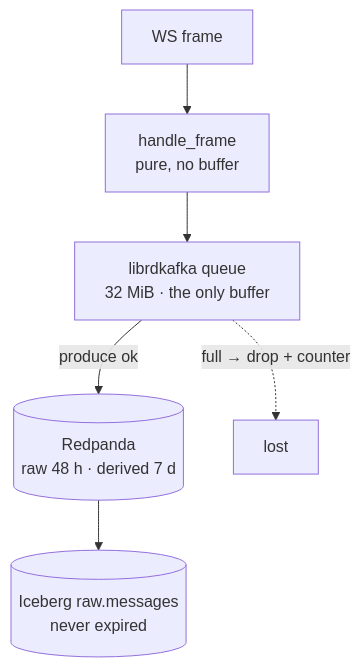
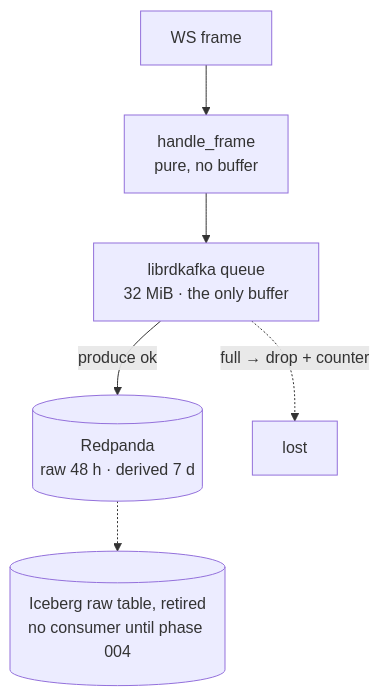
Before and after one commit to rjdscott/k2-market-data-platform: the diagram in docs/architecture/16-failure-modes.md, drawn with Mermaid. The commit also changed other lines of this file and 24 other files, not shown here.

First line of the commit message:
docs(architecture): the book after the v3 lake ingest retires (W6)

````diff
--- a/docs/architecture/16-failure-modes.md
+++ b/docs/architecture/16-failure-modes.md
@@ -88,8 +98,8 @@
 ```mermaid
 flowchart TB
   WS["WS frame"] --> HF["handle_frame<br/>pure, no buffer"]
   HF --> Q["librdkafka queue<br/>32 MiB · the only buffer"]
   Q -->|"produce ok"| RP[("Redpanda<br/>raw 48 h · derived 7 d")]
   Q -.->|"full → drop + counter"| X["lost"]
-  RP --> LK[("Iceberg raw.messages<br/>never expired")]
+  RP -.-> LK[("Iceberg raw table, retired<br/>no consumer until phase 004")]
 ```
````
